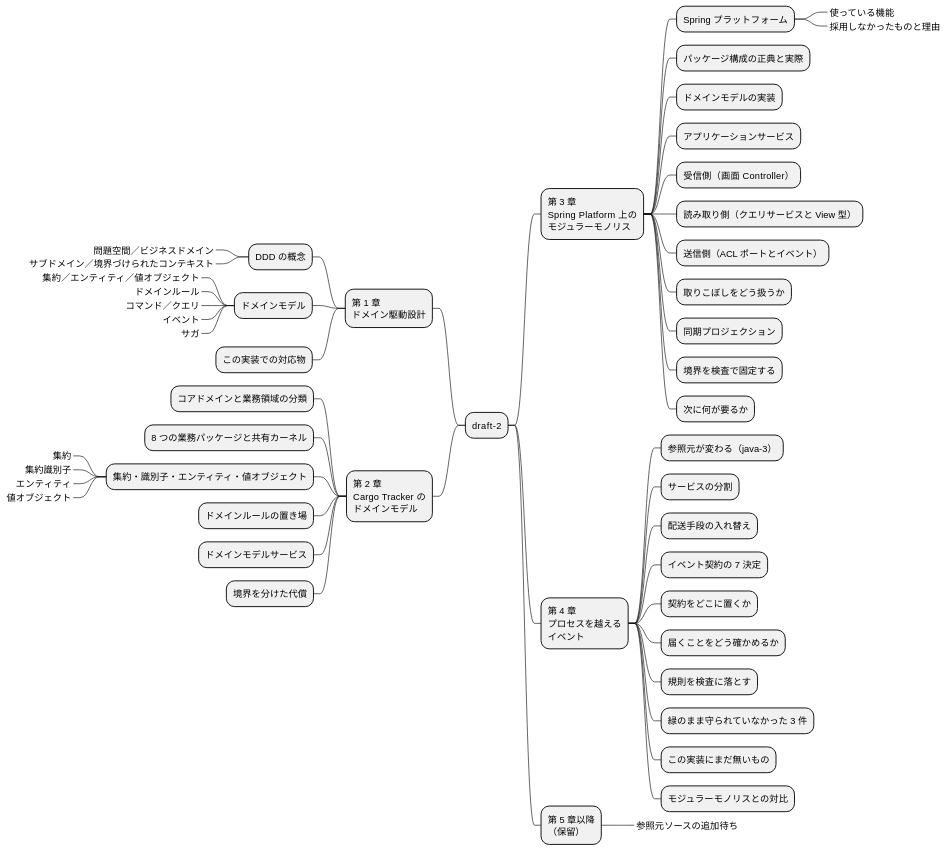
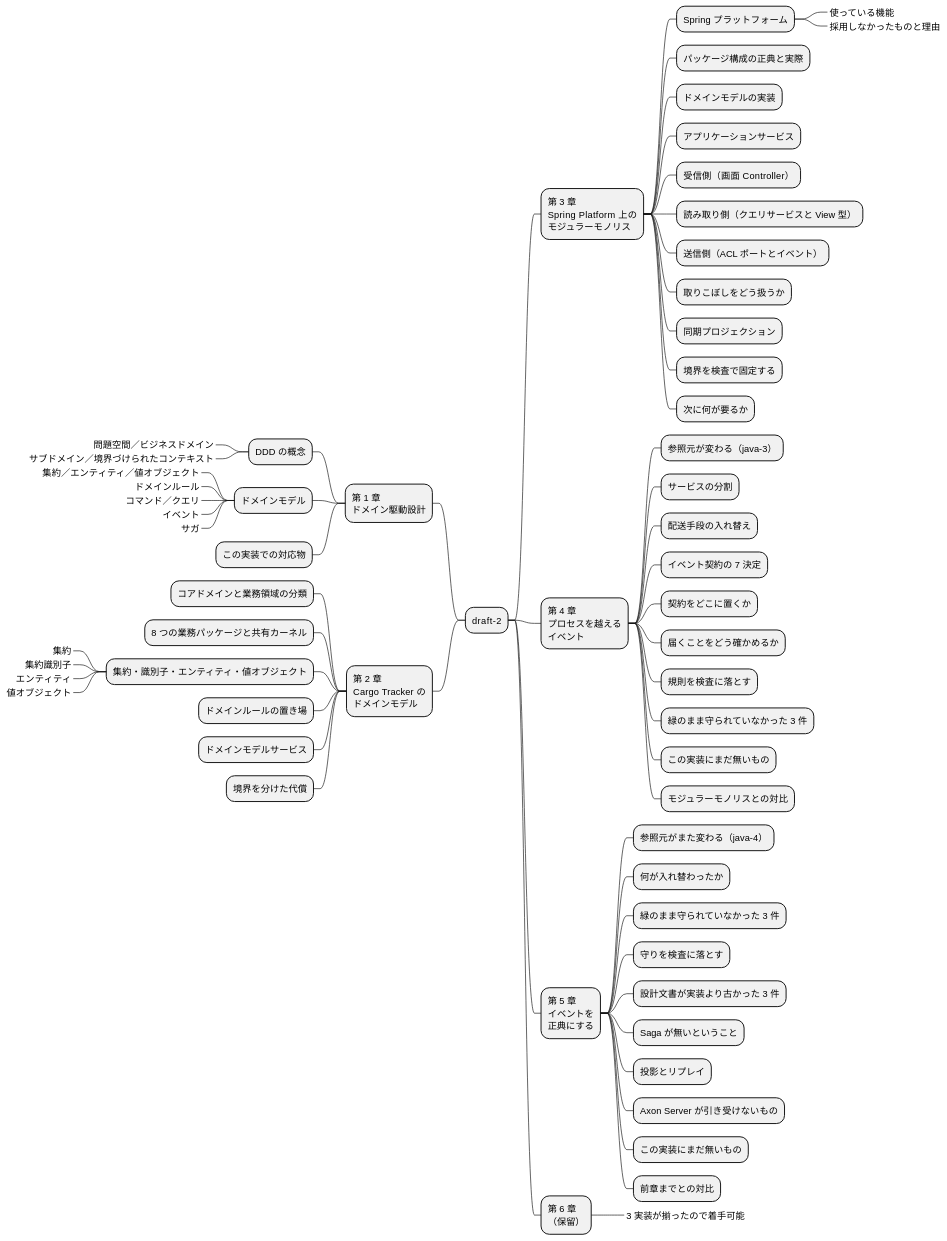
The diagram in docs/article/practical-ddd-in-enterprise-java/draft-2/outline.md (k2works/case-study-cargo-tracker), drawn with PlantUML before and after one commit. The commit also changed other lines of this file and 1 other file, not shown here.

````diff
--- a/docs/article/practical-ddd-in-enterprise-java/draft-2/outline.md
+++ b/docs/article/practical-ddd-in-enterprise-java/draft-2/outline.md
@@ -112,58 +112,69 @@
 ```plantuml
 @startmindmap
 
 * draft-2
 left side
 ** 第 1 章\nドメイン駆動設計
 *** DDD の概念
 ****_ 問題空間／ビジネスドメイン
 ****_ サブドメイン／境界づけられたコンテキスト
 *** ドメインモデル
 ****_ 集約／エンティティ／値オブジェクト
 ****_ ドメインルール
 ****_ コマンド／クエリ
 ****_ イベント
 ****_ サガ
 *** この実装での対応物
 ** 第 2 章\nCargo Tracker の\nドメインモデル
 *** コアドメインと業務領域の分類
 *** 8 つの業務パッケージと共有カーネル
 *** 集約・識別子・エンティティ・値オブジェクト
 ****_ 集約
 ****_ 集約識別子
 ****_ エンティティ
 ****_ 値オブジェクト
 *** ドメインルールの置き場
 *** ドメインモデルサービス
 *** 境界を分けた代償
 right side
 ** 第 3 章\nSpring Platform 上の\nモジュラーモノリス
 *** Spring プラットフォーム
 ****_ 使っている機能
 ****_ 採用しなかったものと理由
 *** パッケージ構成の正典と実際
 *** ドメインモデルの実装
 *** アプリケーションサービス
 *** 受信側（画面 Controller）
 *** 読み取り側（クエリサービスと View 型）
 *** 送信側（ACL ポートとイベント）
 *** 取りこぼしをどう扱うか
 *** 同期プロジェクション
 *** 境界を検査で固定する
 *** 次に何が要るか
 ** 第 4 章\nプロセスを越える\nイベント
 *** 参照元が変わる（java-3）
 *** サービスの分割
 *** 配送手段の入れ替え
 *** イベント契約の 7 決定
 *** 契約をどこに置くか
 *** 届くことをどう確かめるか
 *** 規則を検査に落とす
 *** 緑のまま守られていなかった 3 件
 *** この実装にまだ無いもの
 *** モジュラーモノリスとの対比
-** 第 5 章以降\n（保留）
-***_ 参照元ソースの追加待ち
+** 第 5 章\nイベントを\n正典にする
+*** 参照元がまた変わる（java-4）
+*** 何が入れ替わったか
+*** 緑のまま守られていなかった 3 件
+*** 守りを検査に落とす
+*** 設計文書が実装より古かった 3 件
+*** Saga が無いということ
+*** 投影とリプレイ
+*** Axon Server が引き受けないもの
+*** この実装にまだ無いもの
+*** 前章までとの対比
+** 第 6 章\n（保留）
+***_ 3 実装が揃ったので着手可能
 
 @endmindmap
 ```
````
